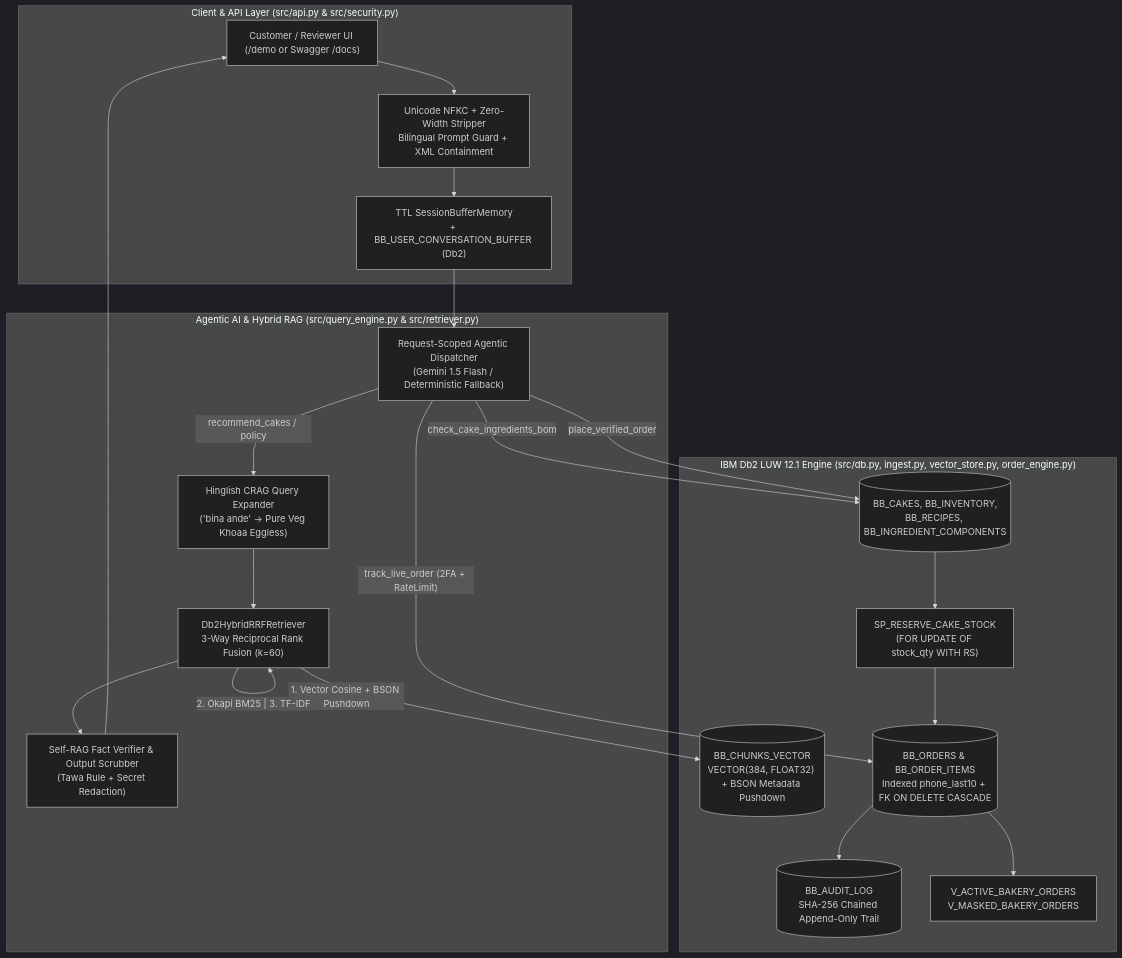
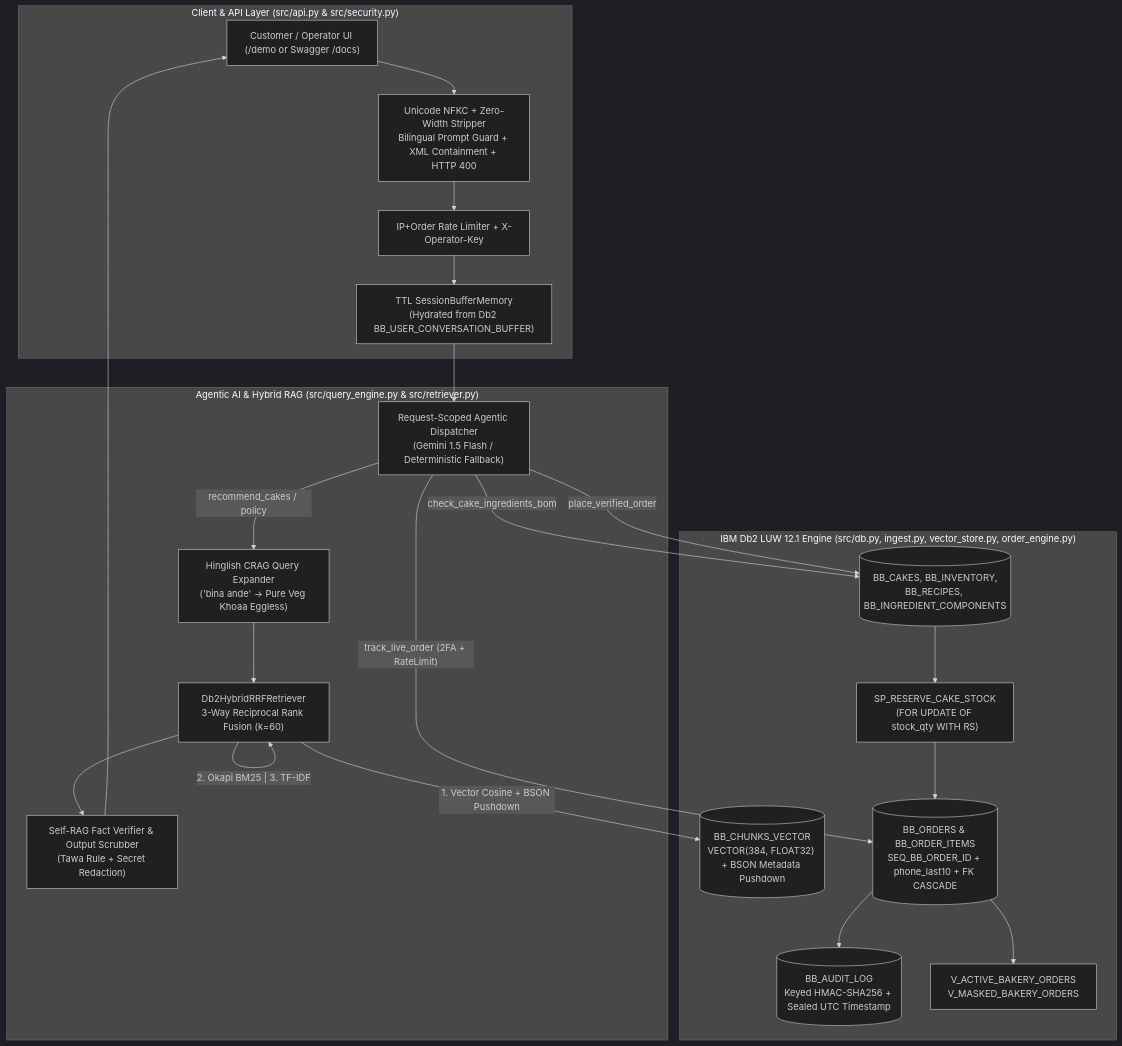
Before and after one commit to AYUSHDHANGAR/IBM_Db2_TechX_Project_Submission: the first of 2 diagrams in submissions/bakebox-choco-ai/architecture.md, drawn with Mermaid (dark theme). The commit also changed other lines of this file and 18 other files, not shown here.

Commit message:
feat(bakebox-choco-ai): implement P0/P1/P2 Db2 sequence, scaled BOM, HMAC audit, IP rate limit, operator key, session hydration, 15-SKU catalog & aligned docs

````diff
--- a/submissions/bakebox-choco-ai/architecture.md
+++ b/submissions/bakebox-choco-ai/architecture.md
@@ -29,37 +29,38 @@
 ```mermaid
 flowchart TD
     subgraph Client ["Client & API Layer (src/api.py & src/security.py)"]
-        User["Customer / Reviewer UI (/demo or Swagger /docs)"]
-        Guard["Unicode NFKC + Zero-Width Stripper\nBilingual Prompt Guard + XML Containment"]
-        Session["TTL SessionBufferMemory\n+ BB_USER_CONVERSATION_BUFFER (Db2)"]
+        User["Customer / Operator UI (/demo or Swagger /docs)"]
+        Guard["Unicode NFKC + Zero-Width Stripper\nBilingual Prompt Guard + XML Containment + HTTP 400"]
+        Limiter["IP+Order Rate Limiter + X-Operator-Key"]
+        Session["TTL SessionBufferMemory\n(Hydrated from Db2 BB_USER_CONVERSATION_BUFFER)"]
     end
 
     subgraph AI_Layer ["Agentic AI & Hybrid RAG (src/query_engine.py & src/retriever.py)"]
         CRAG["Hinglish CRAG Query Expander\n('bina ande' -> Pure Veg Khoaa Eggless)"]
         Dispatcher["Request-Scoped Agentic Dispatcher\n(Gemini 1.5 Flash / Deterministic Fallback)"]
         Hybrid["Db2HybridRRFRetriever\n3-Way Reciprocal Rank Fusion (k=60)"]
         SelfRAG["Self-RAG Fact Verifier & Output Scrubber\n(Tawa Rule + Secret Redaction)"]
     end
 
     subgraph IBM_Db2 ["IBM Db2 LUW 12.1 Engine (src/db.py, ingest.py, vector_store.py, order_engine.py)"]
         VectorStore[("BB_CHUNKS_VECTOR\nVECTOR(384, FLOAT32) + BSON Metadata Pushdown")]
-        Orders[("BB_ORDERS & BB_ORDER_ITEMS\nIndexed phone_last10 + FK ON DELETE CASCADE")]
+        Orders[("BB_ORDERS & BB_ORDER_ITEMS\nSEQ_BB_ORDER_ID + phone_last10 + FK CASCADE")]
         Catalog[("BB_CAKES, BB_INVENTORY,\nBB_RECIPES, BB_INGREDIENT_COMPONENTS")]
-        Audit[("BB_AUDIT_LOG\nSHA-256 Chained Append-Only Trail")]
+        Audit[("BB_AUDIT_LOG\nKeyed HMAC-SHA256 + Sealed UTC Timestamp")]
         Views["V_ACTIVE_BAKERY_ORDERS\nV_MASKED_BAKERY_ORDERS"]
         SP["SP_RESERVE_CAKE_STOCK\n(FOR UPDATE OF stock_qty WITH RS)"]
     end
 
-    User --> Guard --> Session --> Dispatcher
+    User --> Guard --> Limiter --> Session --> Dispatcher
     Dispatcher -- "recommend_cakes / policy" --> CRAG --> Hybrid
     Hybrid -- "1. Vector Cosine + BSON Pushdown" --> VectorStore
     Hybrid -- "2. Okapi BM25 | 3. TF-IDF" --> Hybrid
     Hybrid --> SelfRAG
 
     Dispatcher -- "check_cake_ingredients_bom" --> Catalog
     Dispatcher -- "place_verified_order" --> Catalog
     Catalog --> SP --> Orders --> Audit
     Dispatcher -- "track_live_order (2FA + RateLimit)" --> Orders
     Orders --> Views
     SelfRAG --> User
 ```
````
